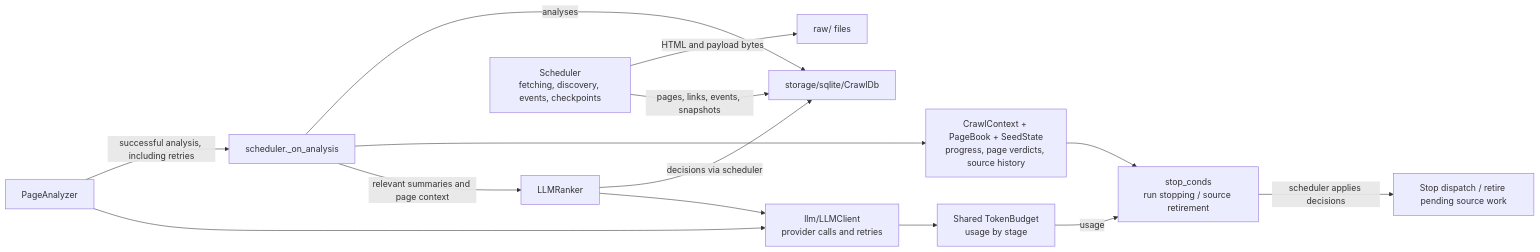
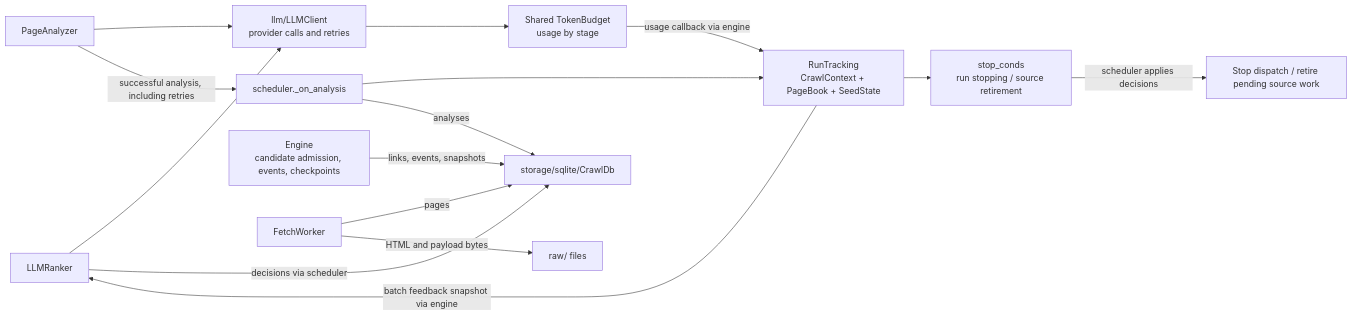
Before and after one commit to shixuan/crawl-me-maybe: the second of 2 diagrams in docs/arch.md, drawn with Mermaid. The commit also changed other lines of this file and 18 other files, not shown here.

````diff
--- a/docs/arch.md
+++ b/docs/arch.md
@@ -170,18 +183,19 @@
 ```mermaid
 flowchart LR
     ranker[LLMRanker] --> clients["llm/LLMClient<br>provider calls and retries"]
     analyzer[PageAnalyzer] --> clients
     clients --> budget["Shared TokenBudget<br>usage by stage"]
 
     analyzer -->|successful analysis, including retries| sink["scheduler._on_analysis"]
-    sink -->|relevant summaries and page context| ranker
-    sink --> state["CrawlContext + PageBook + SeedState<br>progress, page verdicts, source history"]
+    sink --> state["RunTracking<br>CrawlContext + PageBook + SeedState"]
+    state -->|batch feedback snapshot via engine| ranker
     state --> policies["stop_conds<br>run stopping / source retirement"]
-    budget -->|usage| policies
+    budget -->|usage callback via engine| state
     policies -->|scheduler applies decisions| control["Stop dispatch / retire pending source work"]
 
     ranker -->|decisions via scheduler| storage["storage/sqlite/CrawlDb"]
     sink -->|analyses| storage
-    scheduler["Scheduler<br>fetching, discovery, events, checkpoints"] -->|pages, links, events, snapshots| storage
-    scheduler -->|HTML and payload bytes| raw["raw/ files"]
+    scheduler["Engine<br>candidate admission, events, checkpoints"] -->|links, events, snapshots| storage
+    fetchworker[FetchWorker] -->|pages| storage
+    fetchworker -->|HTML and payload bytes| raw["raw/ files"]
 ```
````
